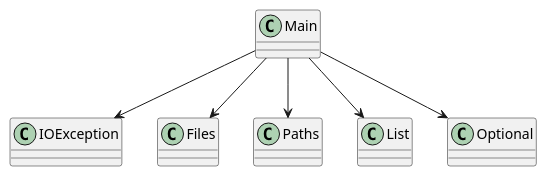
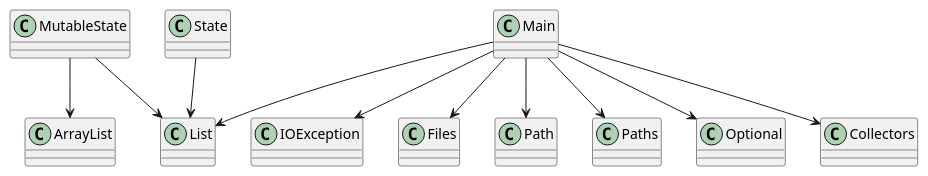
The diagram in diagram.puml (SirMathhman/Magma), drawn with PlantUML before and after one commit. The commit also changed 1 other file, not shown here.

```diff
--- a/diagram.puml
+++ b/diagram.puml
@@ -1,8 +1,15 @@
 @startuml
+class MutableState
+MutableState --> ArrayList
+MutableState --> List
+class Main
 Main --> IOException
 Main --> Files
+Main --> Path
 Main --> Paths
 Main --> List
 Main --> Optional
-class Main
+Main --> Collectors
+class State
+State --> List
 @enduml
```
